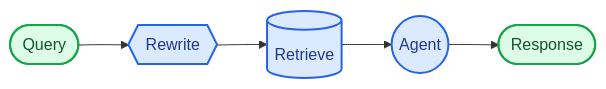
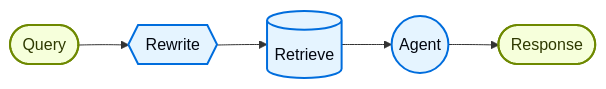
Before and after one commit to kunfan96/cndocs-langchain: the second of 2 diagrams in oss/javascript/langchain/multi-agent/custom-workflow.mdx, drawn with Mermaid. The commit also changed other lines of this file and 2538 other files, not shown here.

````diff
--- a/oss/javascript/langchain/multi-agent/custom-workflow.mdx
+++ b/oss/javascript/langchain/multi-agent/custom-workflow.mdx
@@ -93,13 +95,13 @@
 ```mermaid
 graph LR
     A([Query]) --> B{{Rewrite}}
     B --> C[(Retrieve)]
     C --> D((Agent))
     D --> E([Response])
 
-    classDef trigger fill:#DCFCE7,stroke:#16A34A,stroke-width:2px,color:#14532D
-    classDef process fill:#DBEAFE,stroke:#2563EB,stroke-width:2px,color:#1E3A8A
+    classDef trigger fill:#F6FFDB,stroke:#6E8900,stroke-width:2px,color:#2E3900
+    classDef process fill:#E5F4FF,stroke:#006DDD,stroke-width:2px,color:#030710
 
     class A,E trigger
     class B,C,D process
 ```
````
